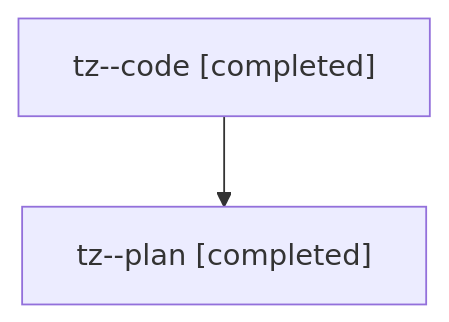
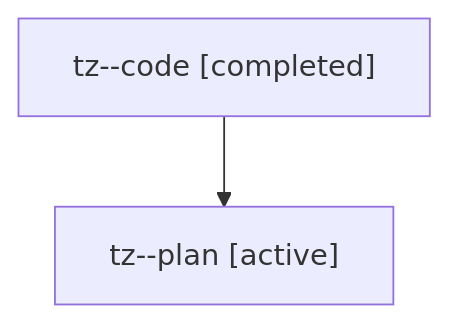
The diagram in families/bbugyi200.athena.tz.md (sase-org/sase--agents), drawn with Mermaid before and after one commit. The commit also changed other lines of this file and 4556 other files, not shown here.

````diff
--- a/families/bbugyi200.athena.tz.md
+++ b/families/bbugyi200.athena.tz.md
@@ -9,6 +9,6 @@
 ```mermaid
 flowchart TD
   n0["tz--code [completed]"]
-  n1["tz--plan [completed]"]
+  n1["tz--plan [active]"]
   n0 --> n1
 ```
````
